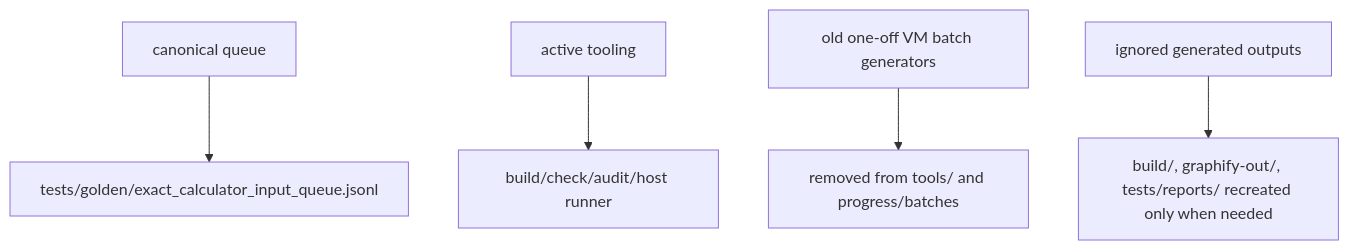
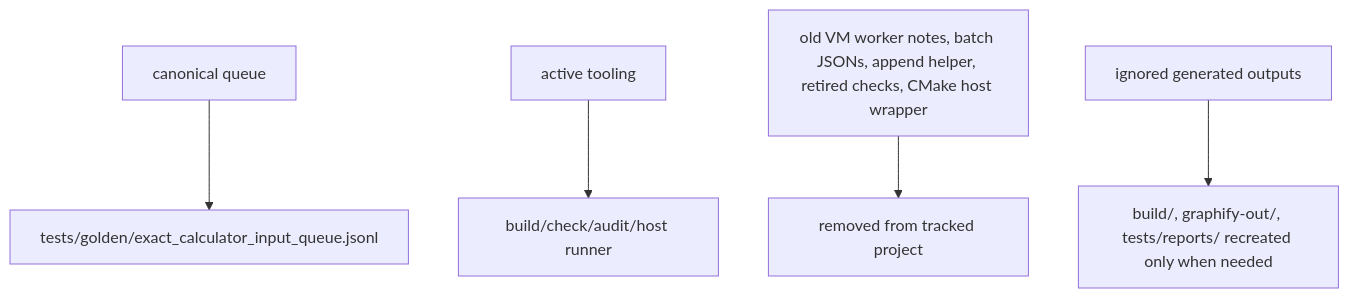
Before and after one commit to james8464/notes-addin-casio-fx-cg50: the sixth of 6 diagrams in docs/GRAPH.md, drawn with Mermaid. The commit also changed other lines of this file and 40 other files, not shown here.

````diff
--- a/docs/GRAPH.md
+++ b/docs/GRAPH.md
@@ -73,7 +73,7 @@
 ```mermaid
 graph TD
   Canon["canonical queue"] --> Golden["tests/golden/exact_calculator_input_queue.jsonl"]
   Tooling["active tooling"] --> Build["build/check/audit/host runner"]
-  Old["old one-off VM batch generators"] --> Pruned["removed from tools/ and progress/batches"]
+  Old["old VM worker notes, batch JSONs, append helper, retired checks, CMake host wrapper"] --> Pruned["removed from tracked project"]
   Reports["ignored generated outputs"] --> Recreate["build/, graphify-out/, tests/reports/ recreated only when needed"]
 ```
````
